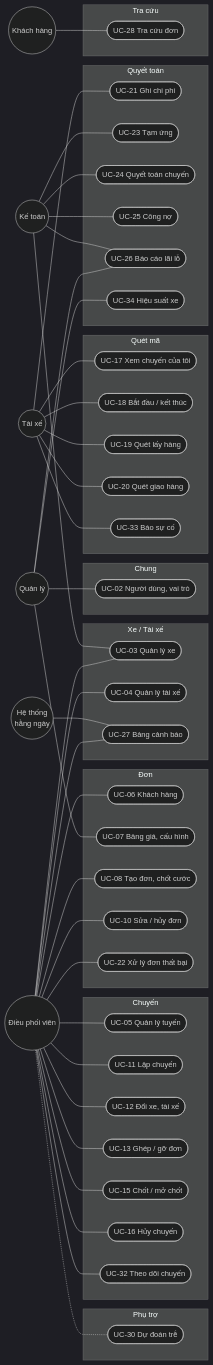
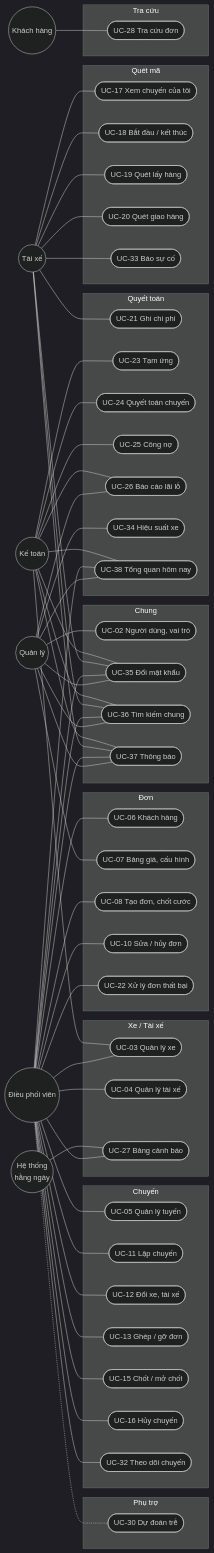
Before and after one commit to takidang/QLVC: the second of 10 diagrams in docs/so-do.md, drawn with Mermaid (dark theme). The commit also changed 2 other files, not shown here.

Commit message:
Tài liệu: ghi UC-35…38 vào use case và sơ đồ; báo cáo kiểm thử story report
- use-cases.md: thêm UC-35 đổi mật khẩu, UC-36 tìm kiếm chung, UC-37 thông báo, UC-38 tổng quan hôm nay (danh sách + đặc tả); số UC còn hiệu lực 30 → 34.
- so-do.md: thêm 4 UC vào sơ đồ use case, nối đúng tác nhân.
- test-report.md (mới): gom bảng truy vết của 30 story — 320 AC, 314 đạt, 6 chưa kiểm (đều là ca thử giao diện), 0 không đạt.

````diff
--- a/docs/so-do.md
+++ b/docs/so-do.md
@@ -89,61 +89,65 @@
 ```mermaid
 flowchart LR
   QL(("Quản lý"))
   DP(("Điều phối viên"))
   TX(("Tài xế"))
   KT(("Kế toán"))
   KH(("Khách hàng"))
   HT(("Hệ thống<br/>hằng ngày"))
   subgraph CHUNG["Chung"]
     UC02(["UC-02 Người dùng, vai trò"])
+    UC35(["UC-35 Đổi mật khẩu"])
+    UC36(["UC-36 Tìm kiếm chung"])
+    UC37(["UC-37 Thông báo"])
   end
   subgraph XTX["Xe / Tài xế"]
     UC03(["UC-03 Quản lý xe"])
     UC04(["UC-04 Quản lý tài xế"])
     UC27(["UC-27 Bảng cảnh báo"])
   end
   subgraph DON["Đơn"]
     UC06(["UC-06 Khách hàng"])
     UC07(["UC-07 Bảng giá, cấu hình"])
     UC08(["UC-08 Tạo đơn, chốt cước"])
     UC10(["UC-10 Sửa / hủy đơn"])
     UC22(["UC-22 Xử lý đơn thất bại"])
   end
   subgraph CHUYEN["Chuyến"]
     UC05(["UC-05 Quản lý tuyến"])
     UC11(["UC-11 Lập chuyến"])
     UC12(["UC-12 Đổi xe, tài xế"])
     UC13(["UC-13 Ghép / gỡ đơn"])
     UC15(["UC-15 Chốt / mở chốt"])
     UC16(["UC-16 Hủy chuyến"])
     UC32(["UC-32 Theo dõi chuyến"])
   end
   subgraph QUET["Quét mã"]
     UC17(["UC-17 Xem chuyến của tôi"])
     UC18(["UC-18 Bắt đầu / kết thúc"])
     UC19(["UC-19 Quét lấy hàng"])
     UC20(["UC-20 Quét giao hàng"])
     UC33(["UC-33 Báo sự cố"])
   end
   subgraph TIEN["Quyết toán"]
     UC21(["UC-21 Ghi chi phí"])
     UC23(["UC-23 Tạm ứng"])
     UC24(["UC-24 Quyết toán chuyến"])
     UC25(["UC-25 Công nợ"])
     UC26(["UC-26 Báo cáo lãi lỗ"])
     UC34(["UC-34 Hiệu suất xe"])
+    UC38(["UC-38 Tổng quan hôm nay"])
   end
   subgraph TRA["Tra cứu"]
     UC28(["UC-28 Tra cứu đơn"])
   end
   subgraph PHU["Phụ trợ"]
     UC30(["UC-30 Dự đoán trễ"])
   end
-  QL --- UC02 & UC07 & UC26 & UC34
-  DP --- UC03 & UC04 & UC05 & UC06 & UC08 & UC10 & UC11 & UC12 & UC13 & UC15 & UC16 & UC22 & UC27 & UC32
+  QL --- UC02 & UC07 & UC26 & UC34 & UC35 & UC36 & UC37 & UC38
+  DP --- UC03 & UC04 & UC05 & UC06 & UC08 & UC10 & UC11 & UC12 & UC13 & UC15 & UC16 & UC22 & UC27 & UC32 & UC35 & UC36 & UC37 & UC38
   DP -.- UC30
-  TX --- UC17 & UC18 & UC19 & UC20 & UC21 & UC33
-  KT --- UC23 & UC24 & UC25 & UC26 & UC03
+  TX --- UC17 & UC18 & UC19 & UC20 & UC21 & UC33 & UC35 & UC36 & UC37
+  KT --- UC23 & UC24 & UC25 & UC26 & UC03 & UC35 & UC36 & UC37 & UC38
   KH --- UC28
   HT --- UC27
 ```
````
